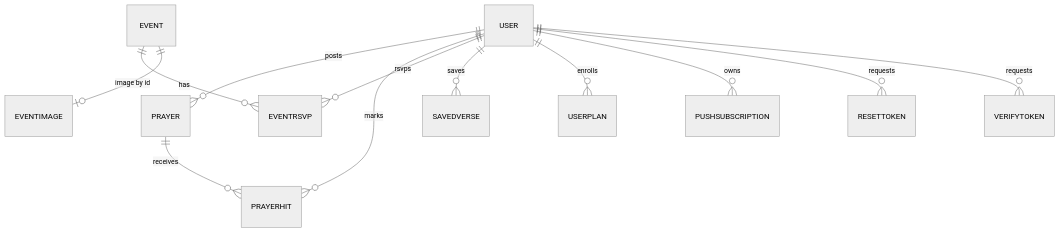
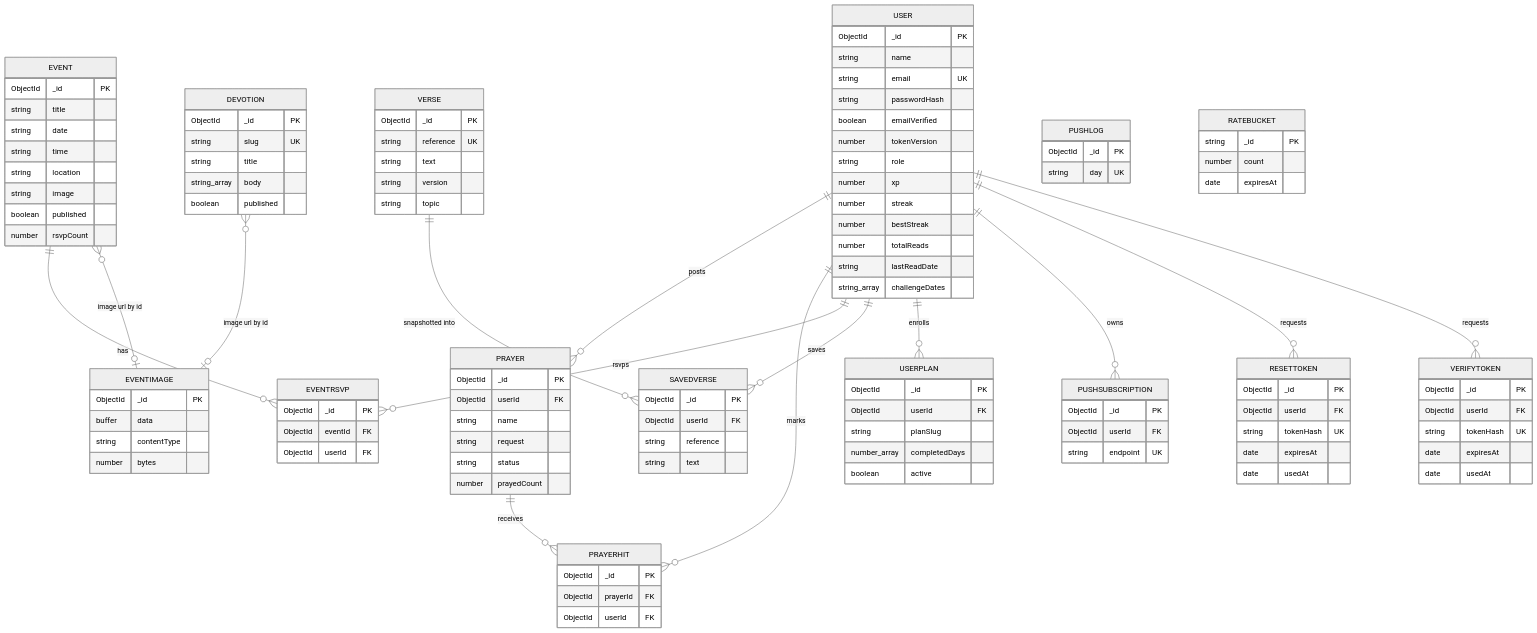
One commit to dooddles07/CYA-DV changed the diagram in docs/DATABASE.md. Above: the diagram before and after it, drawn with Mermaid (neutral theme). The commit also changed other lines of this file, not shown here.

Commit message:
docs(database): rewrite DATABASE.md from model audit; fix prayer.tag, add missing indexes/validators/ERD

````diff
--- a/docs/DATABASE.md
+++ b/docs/DATABASE.md
@@ -171,14 +118,121 @@
 ```mermaid
 erDiagram
-  USER ||--o{ PRAYER : posts
-  USER ||--o{ PRAYERHIT : marks
-  PRAYER ||--o{ PRAYERHIT : receives
-  USER ||--o{ EVENTRSVP : rsvps
-  EVENT ||--o{ EVENTRSVP : has
-  EVENT ||--o| EVENTIMAGE : "image by id"
-  USER ||--o{ SAVEDVERSE : saves
-  USER ||--o{ USERPLAN : enrolls
-  USER ||--o{ PUSHSUBSCRIPTION : owns
-  USER ||--o{ RESETTOKEN : requests
-  USER ||--o{ VERIFYTOKEN : requests
+    USER ||--o{ PRAYER : posts
+    USER ||--o{ PRAYERHIT : marks
+    PRAYER ||--o{ PRAYERHIT : receives
+    USER ||--o{ EVENTRSVP : rsvps
+    EVENT ||--o{ EVENTRSVP : has
+    EVENT }o--o| EVENTIMAGE : "image url by id"
+    DEVOTION }o--o| EVENTIMAGE : "image url by id"
+    USER ||--o{ SAVEDVERSE : saves
+    USER ||--o{ USERPLAN : enrolls
+    USER ||--o{ PUSHSUBSCRIPTION : owns
+    USER ||--o{ RESETTOKEN : requests
+    USER ||--o{ VERIFYTOKEN : requests
+    VERSE ||--o{ SAVEDVERSE : "snapshotted into"
+
+    USER {
+        ObjectId _id PK
+        string name
+        string email UK
+        string passwordHash
+        boolean emailVerified
+        number tokenVersion
+        string role
+        number xp
+        number streak
+        number bestStreak
+        number totalReads
+        string lastReadDate
+        string_array challengeDates
+    }
+    VERSE {
+        ObjectId _id PK
+        string reference UK
+        string text
+        string version
+        string topic
+    }
+    PRAYER {
+        ObjectId _id PK
+        ObjectId userId FK
+        string name
+        string request
+        string status
+        number prayedCount
+    }
+    PRAYERHIT {
+        ObjectId _id PK
+        ObjectId prayerId FK
+        ObjectId userId FK
+    }
+    EVENT {
+        ObjectId _id PK
+        string title
+        string date
+        string time
+        string location
+        string image
+        boolean published
+        number rsvpCount
+    }
+    EVENTRSVP {
+        ObjectId _id PK
+        ObjectId eventId FK
+        ObjectId userId FK
+    }
+    EVENTIMAGE {
+        ObjectId _id PK
+        buffer data
+        string contentType
+        number bytes
+    }
+    DEVOTION {
+        ObjectId _id PK
+        string slug UK
+        string title
+        string_array body
+        boolean published
+    }
+    USERPLAN {
+        ObjectId _id PK
+        ObjectId userId FK
+        string planSlug
+        number_array completedDays
+        boolean active
+    }
+    SAVEDVERSE {
+        ObjectId _id PK
+        ObjectId userId FK
+        string reference
+        string text
+    }
+    PUSHSUBSCRIPTION {
+        ObjectId _id PK
+        ObjectId userId FK
+        string endpoint UK
+    }
+    PUSHLOG {
+        ObjectId _id PK
+        string day UK
+    }
+    RESETTOKEN {
+        ObjectId _id PK
+        ObjectId userId FK
+        string tokenHash UK
+        date expiresAt
+        date usedAt
+    }
+    VERIFYTOKEN {
+        ObjectId _id PK
+        ObjectId userId FK
+        string tokenHash UK
+        date expiresAt
+        date usedAt
+    }
+    RATEBUCKET {
+        string _id PK
+        number count
+        date expiresAt
+    }
 ```
````
